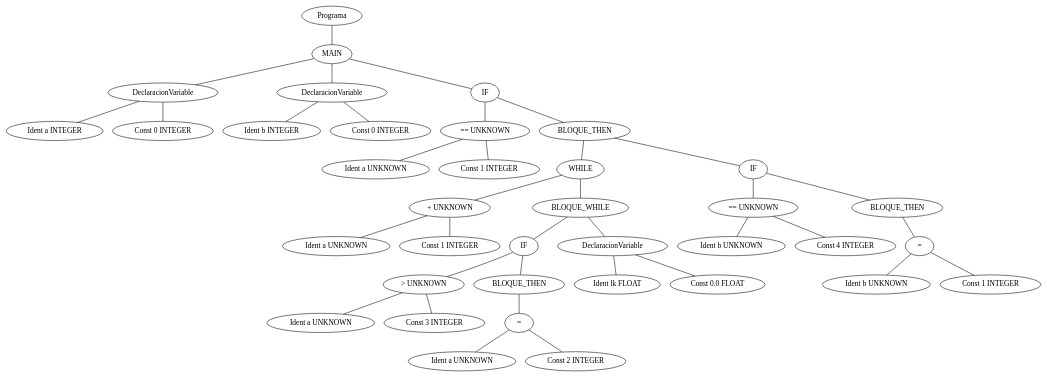
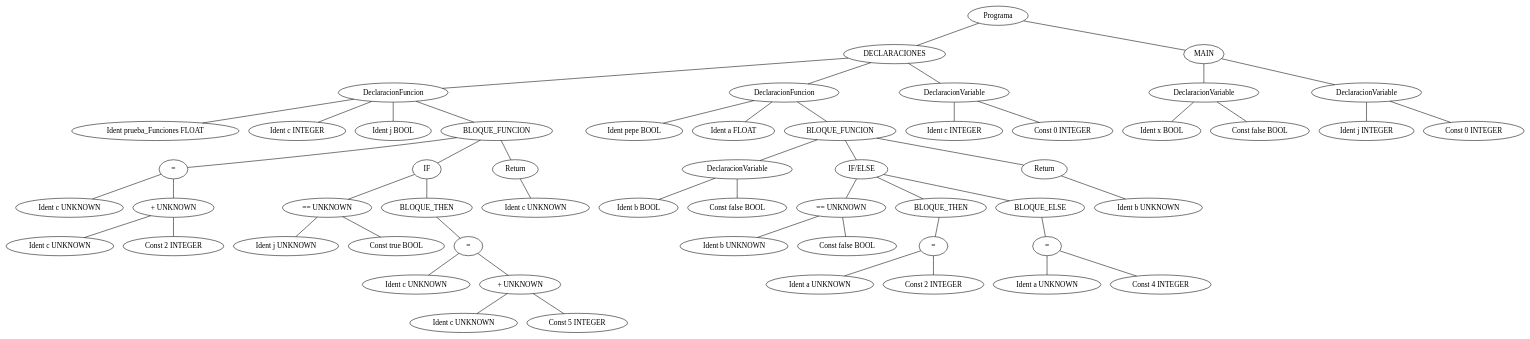
The diagram in arbol.dot (Mdimase/compilador), drawn with Graphviz before and after one commit. The commit also changed 10 other files, not shown here.

```diff
--- a/arbol.dot
+++ b/arbol.dot
@@ -1,74 +1,110 @@
 graph G {1 [label="Programa"]
-2 [label="MAIN"]
+2 [label="DECLARACIONES"]
 1 -- 2
-3 [label="DeclaracionVariable"]
+3 [label="DeclaracionFuncion"]
 2 -- 3
-4 [label="Ident a INTEGER"]
+4 [label="Ident prueba_Funciones FLOAT"]
 3 -- 4
-5 [label="Const 0 INTEGER"]
+23 [label="Ident c INTEGER"]
+3 -- 23
+24 [label="Ident j BOOL"]
+3 -- 24
+5 [label="BLOQUE_FUNCION"]
 3 -- 5
-6 [label="DeclaracionVariable"]
-2 -- 6
-7 [label="Ident b INTEGER"]
+6 [label="="]
+5 -- 6
+7 [label="Ident c UNKNOWN"]
 6 -- 7
-8 [label="Const 0 INTEGER"]
+8 [label="+ UNKNOWN"]
 6 -- 8
-9 [label="IF"]
-2 -- 9
-10 [label="== UNKNOWN"]
-9 -- 10
-11 [label="Ident a UNKNOWN"]
-10 -- 11
-12 [label="Const 1 INTEGER"]
-10 -- 12
-13 [label="BLOQUE_THEN"]
-9 -- 13
-14 [label="WHILE"]
-13 -- 14
-15 [label="+ UNKNOWN"]
-14 -- 15
-16 [label="Ident a UNKNOWN"]
+9 [label="Ident c UNKNOWN"]
+8 -- 9
+10 [label="Const 2 INTEGER"]
+8 -- 10
+11 [label="IF"]
+5 -- 11
+12 [label="== UNKNOWN"]
+11 -- 12
+13 [label="Ident j UNKNOWN"]
+12 -- 13
+14 [label="Const true BOOL"]
+12 -- 14
+15 [label="BLOQUE_THEN"]
+11 -- 15
+16 [label="="]
 15 -- 16
-17 [label="Const 1 INTEGER"]
-15 -- 17
-18 [label="BLOQUE_WHILE"]
-14 -- 18
-19 [label="IF"]
+17 [label="Ident c UNKNOWN"]
+16 -- 17
+18 [label="+ UNKNOWN"]
+16 -- 18
+19 [label="Ident c UNKNOWN"]
 18 -- 19
-20 [label="> UNKNOWN"]
-19 -- 20
-21 [label="Ident a UNKNOWN"]
-20 -- 21
-22 [label="Const 3 INTEGER"]
-20 -- 22
-23 [label="BLOQUE_THEN"]
-19 -- 23
-24 [label="="]
-23 -- 24
-25 [label="Ident a UNKNOWN"]
-24 -- 25
-26 [label="Const 2 INTEGER"]
-24 -- 26
-27 [label="DeclaracionVariable"]
-18 -- 27
-28 [label="Ident lk FLOAT"]
+20 [label="Const 5 INTEGER"]
+18 -- 20
+21 [label="Return"]
+5 -- 21
+22 [label="Ident c UNKNOWN"]
+21 -- 22
+25 [label="DeclaracionFuncion"]
+2 -- 25
+26 [label="Ident pepe BOOL"]
+25 -- 26
+45 [label="Ident a FLOAT"]
+25 -- 45
+27 [label="BLOQUE_FUNCION"]
+25 -- 27
+28 [label="DeclaracionVariable"]
 27 -- 28
-29 [label="Const 0.0 FLOAT"]
-27 -- 29
-30 [label="IF"]
-13 -- 30
-31 [label="== UNKNOWN"]
-30 -- 31
-32 [label="Ident b UNKNOWN"]
+29 [label="Ident b BOOL"]
+28 -- 29
+30 [label="Const false BOOL"]
+28 -- 30
+31 [label="IF/ELSE"]
+27 -- 31
+32 [label="== UNKNOWN"]
 31 -- 32
-33 [label="Const 4 INTEGER"]
-31 -- 33
-34 [label="BLOQUE_THEN"]
-30 -- 34
-35 [label="="]
-34 -- 35
-36 [label="Ident b UNKNOWN"]
+33 [label="Ident b UNKNOWN"]
+32 -- 33
+34 [label="Const false BOOL"]
+32 -- 34
+35 [label="BLOQUE_THEN"]
+31 -- 35
+36 [label="="]
 35 -- 36
-37 [label="Const 1 INTEGER"]
-35 -- 37
+37 [label="Ident a UNKNOWN"]
+36 -- 37
+38 [label="Const 2 INTEGER"]
+36 -- 38
+39 [label="BLOQUE_ELSE"]
+31 -- 39
+40 [label="="]
+39 -- 40
+41 [label="Ident a UNKNOWN"]
+40 -- 41
+42 [label="Const 4 INTEGER"]
+40 -- 42
+43 [label="Return"]
+27 -- 43
+44 [label="Ident b UNKNOWN"]
+43 -- 44
+46 [label="DeclaracionVariable"]
+2 -- 46
+47 [label="Ident c INTEGER"]
+46 -- 47
+48 [label="Const 0 INTEGER"]
+46 -- 48
+49 [label="MAIN"]
+1 -- 49
+50 [label="DeclaracionVariable"]
+49 -- 50
+51 [label="Ident x BOOL"]
+50 -- 51
+52 [label="Const false BOOL"]
+50 -- 52
+53 [label="DeclaracionVariable"]
+49 -- 53
+54 [label="Ident j INTEGER"]
+53 -- 54
+55 [label="Const 0 INTEGER"]
+53 -- 55
 }
```
